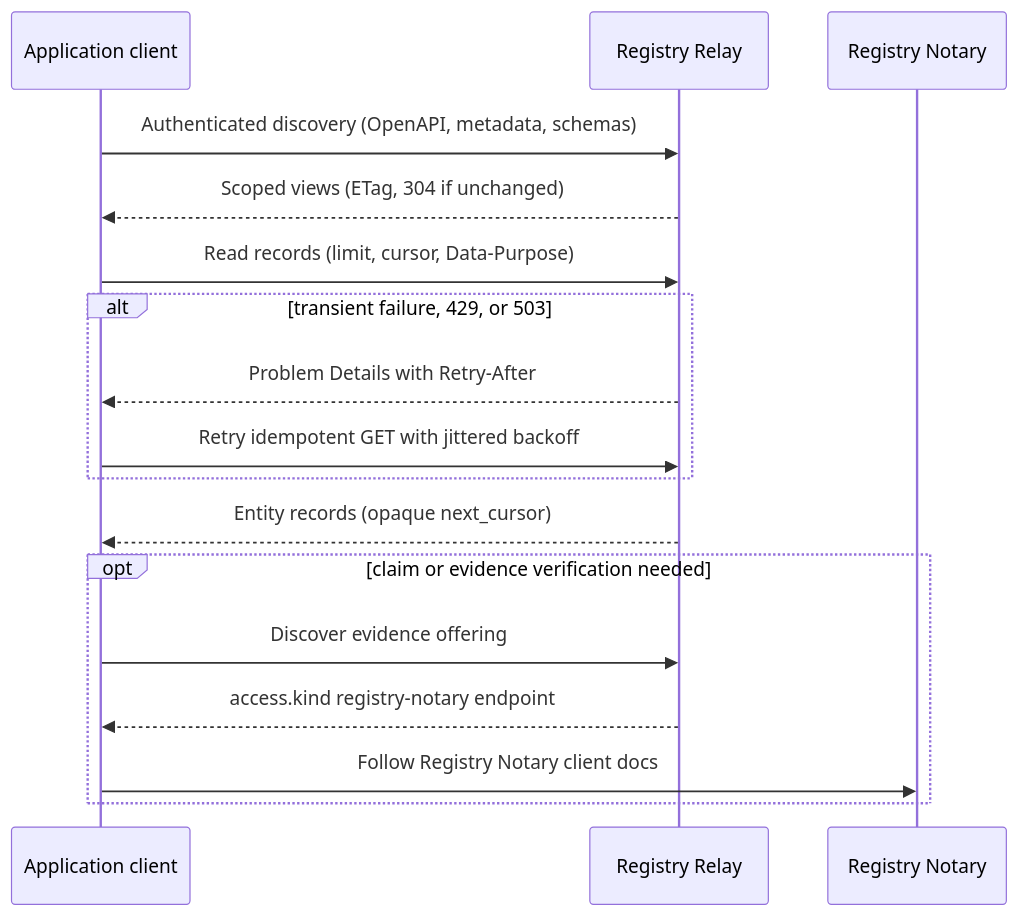
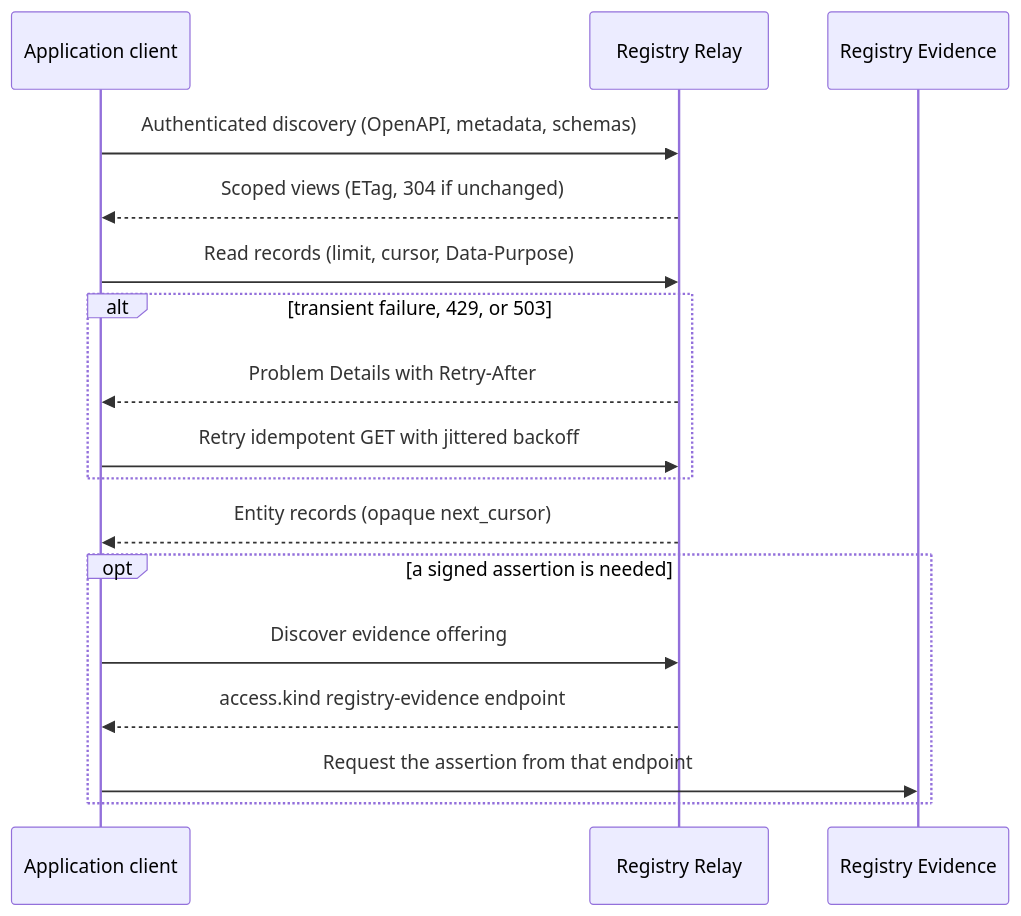
The first of 2 diagrams in crates/registry-relay/docs/client-integration.md (registrystack/registry-stack), drawn with Mermaid before and after one commit. The commit also changed other lines of this file and 9 other files, not shown here.

First line of the commit message:
docs(relay): rewrite crate docs around Relay and Evidence

````diff
--- a/crates/registry-relay/docs/client-integration.md
+++ b/crates/registry-relay/docs/client-integration.md
@@ -12,20 +12,20 @@
 ```mermaid
 sequenceDiagram
   participant Client as Application client
   participant Relay as Registry Relay
-  participant Notary as Registry Notary
+  participant Evidence as Registry Evidence
 
   Client->>Relay: Authenticated discovery (OpenAPI, metadata, schemas)
   Relay-->>Client: Scoped views (ETag, 304 if unchanged)
   Client->>Relay: Read records (limit, cursor, Data-Purpose)
   alt transient failure, 429, or 503
     Relay-->>Client: Problem Details with Retry-After
     Client->>Relay: Retry idempotent GET with jittered backoff
   end
   Relay-->>Client: Entity records (opaque next_cursor)
-  opt claim or evidence verification needed
+  opt a signed assertion is needed
     Client->>Relay: Discover evidence offering
-    Relay-->>Client: access.kind registry-notary endpoint
-    Client->>Notary: Follow Registry Notary client docs
+    Relay-->>Client: access.kind registry-evidence endpoint
+    Client->>Evidence: Request the assertion from that endpoint
   end
 ```
````
